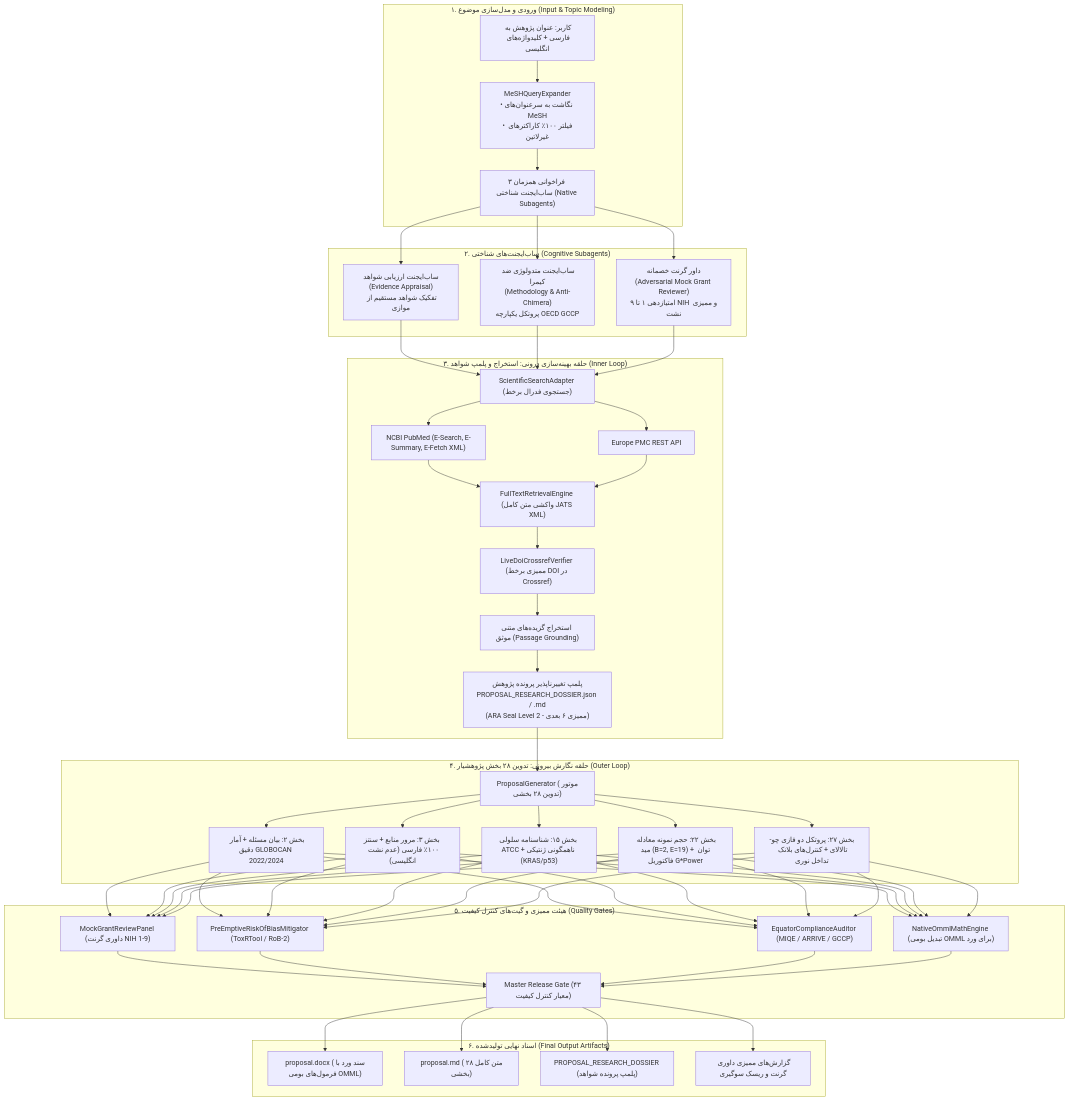
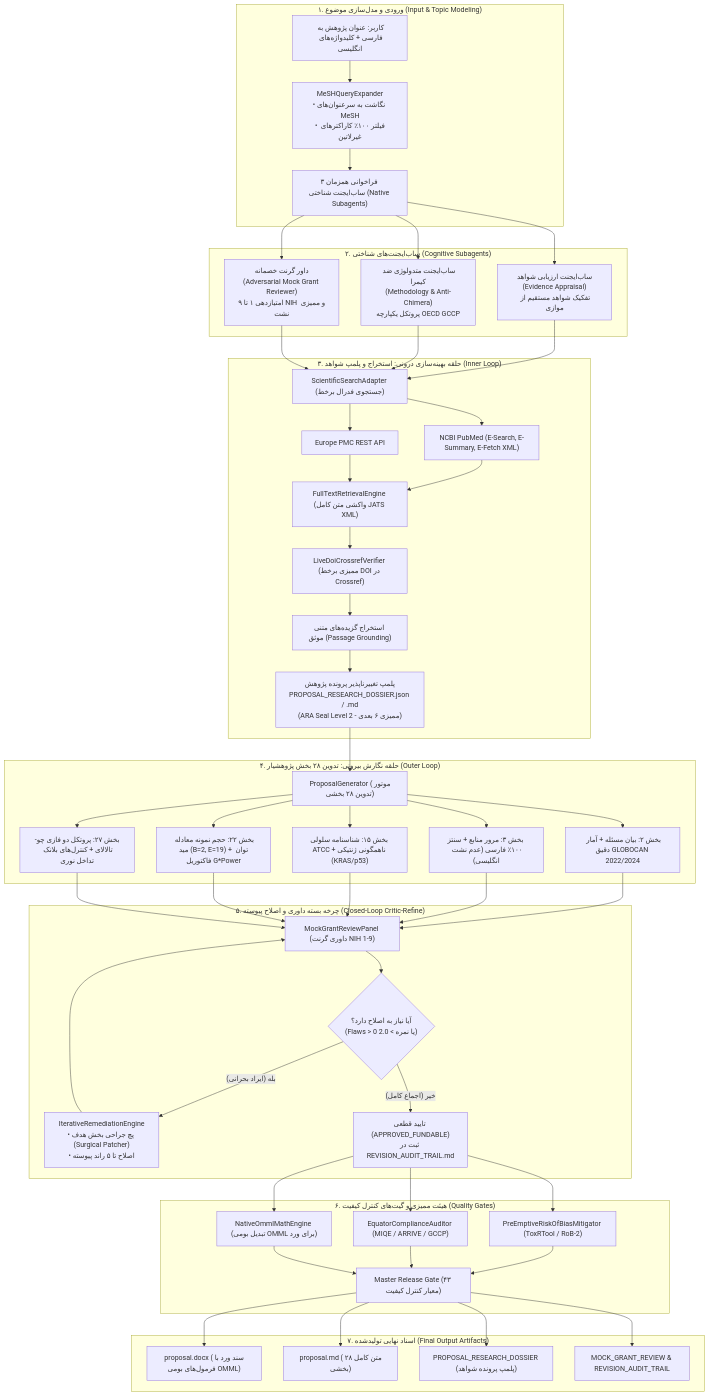
The first of 2 diagrams in README.md (HunterHill13/proposal-nevisi), drawn with Mermaid before and after one commit. The commit also changed other lines of this file and 1 other file, not shown here.

First line of the commit message:
docs: update README with closed-loop remediation architecture and flowcharts

````diff
--- a/README.md
+++ b/README.md
@@ -31,47 +32,54 @@
 ```mermaid
 flowchart TD
     subgraph InputStage ["۱. ورودی و مدل‌سازی موضوع (Input & Topic Modeling)"]
         A["کاربر: عنوان پژوهش به فارسی + کلیدواژه‌های انگلیسی"] --> B["MeSHQueryExpander<br>• نگاشت به سرعنوان‌های MeSH<br>• فیلتر ۱۰۰٪ کاراکترهای غیرلاتین"]
         B --> C["فراخوانی همزمان ۳ ساب‌ایجنت شناختی (Native Subagents)"]
     end
 
     subgraph Subagents ["۲. ساب‌ایجنت‌های شناختی (Cognitive Subagents)"]
         C --> S1["ساب‌ایجنت ارزیابی شواهد<br>(Evidence Appraisal)<br>تفکیک شواهد مستقیم از موازی"]
         C --> S2["ساب‌ایجنت متدولوژی ضد کیمرا<br>(Methodology & Anti-Chimera)<br>پروتکل یکپارچه OECD GCCP"]
         C --> S3["داور گرنت خصمانه<br>(Adversarial Mock Grant Reviewer)<br>امتیازدهی ۱ تا ۹ NIH و ممیزی نشت"]
     end
 
     subgraph InnerLoop ["۳. حلقه بهینه‌سازی درونی: استخراج و پلمپ شواهد (Inner Loop)"]
         S1 & S2 & S3 --> D["ScientificSearchAdapter (جستجوی فدرال برخط)"]
         D --> D1["NCBI PubMed (E-Search, E-Summary, E-Fetch XML)"]
         D --> D2["Europe PMC REST API"]
         D1 & D2 --> E["FullTextRetrievalEngine (واکشی متن کامل JATS XML)"]
         E --> F["LiveDoiCrossrefVerifier (ممیزی برخط DOI در Crossref)"]
         F --> G["استخراج گزیده‌های متنی موثق (Passage Grounding)"]
         G --> H["پلمپ تغییرناپذیر پرونده پژوهش<br>PROPOSAL_RESEARCH_DOSSIER.json / .md<br>(ARA Seal Level 2 - ممیزی ۶ بعدی)"]
     end
 
     subgraph OuterLoop ["۴. حلقه نگارش بیرونی: تدوین ۲۸ بخش پژوهشیار (Outer Loop)"]
         H --> I["ProposalGenerator (موتور تدوین ۲۸ بخشی)"]
         I --> J1["بخش ۲: بیان مسئله + آمار دقیق GLOBOCAN 2022/2024"]
         I --> J2["بخش ۳: مرور منابع + سنتز ۱۰۰٪ فارسی (عدم نشت انگلیسی)"]
         I --> J3["بخش ۱۵: شناسنامه سلولی ATCC + ناهمگونی ژنتیکی (KRAS/p53)"]
         I --> J4["بخش ۲۲: حجم نمونه معادله مید (B=2, E=19) + توان فاکتوریل G*Power"]
         I --> J5["بخش ۲۷: پروتکل دو فازی چو-تالالای + کنترل‌های بلانک تداخل نوری"]
     end
 
-    subgraph Validation ["۵. هیئت ممیزی و گیت‌های کنترل کیفیت (Quality Gates)"]
-        J1 & J2 & J3 & J4 & J5 --> K1["MockGrantReviewPanel (داوری گرنت NIH 1-9)"]
-        J1 & J2 & J3 & J4 & J5 --> K2["PreEmptiveRiskOfBiasMitigator (ToxRTool / RoB-2)"]
-        J1 & J2 & J3 & J4 & J5 --> K3["EquatorComplianceAuditor (MIQE / ARRIVE / GCCP)"]
-        J1 & J2 & J3 & J4 & J5 --> K4["NativeOmmlMathEngine (تبدیل بومی OMML برای ورد)"]
-        K1 & K2 & K3 & K4 --> L["Master Release Gate (۴۳ معیار کنترل کیفیت)"]
+    subgraph RemediationLoop ["۵. چرخه بسته داوری و اصلاح پیوسته (Closed-Loop Critic-Refine)"]
+        J1 & J2 & J3 & J4 & J5 --> R1["MockGrantReviewPanel (داوری گرنت NIH 1-9)"]
+        R1 --> R2{"آیا نیاز به اصلاح دارد؟<br>(Flaws > 0 یا نمره > 2.0)"}
+        R2 -- "بله (ایراد بحرانی)" --> R3["IterativeRemediationEngine<br>• پچ جراحی بخش هدف (Surgical Patcher)<br>• اصلاح تا ۵ راند پیوسته"]
+        R3 --> R1
+        R2 -- "خیر (اجماع کامل)" --> R4["تایید قطعی (APPROVED_FUNDABLE)<br>ثبت در REVISION_AUDIT_TRAIL.md"]
     end
 
-    subgraph Artifacts ["۶. اسناد نهایی تولیدشده (Final Output Artifacts)"]
+    subgraph Validation ["۶. هیئت ممیزی و گیت‌های کنترل کیفیت (Quality Gates)"]
+        R4 --> K1["PreEmptiveRiskOfBiasMitigator (ToxRTool / RoB-2)"]
+        R4 --> K2["EquatorComplianceAuditor (MIQE / ARRIVE / GCCP)"]
+        R4 --> K3["NativeOmmlMathEngine (تبدیل بومی OMML برای ورد)"]
+        K1 & K2 & K3 --> L["Master Release Gate (۴۳ معیار کنترل کیفیت)"]
+    end
+
+    subgraph Artifacts ["۷. اسناد نهایی تولیدشده (Final Output Artifacts)"]
         L --> M1["proposal.docx (سند ورد با فرمول‌های بومی OMML)"]
         L --> M2["proposal.md (متن کامل ۲۸ بخشی)"]
         L --> M3["PROPOSAL_RESEARCH_DOSSIER (پلمپ پرونده شواهد)"]
-        L --> M4["گزارش‌های ممیزی داوری گرنت و ریسک سوگیری"]
+        L --> M4["MOCK_GRANT_REVIEW & REVISION_AUDIT_TRAIL"]
     end
 ```
````
